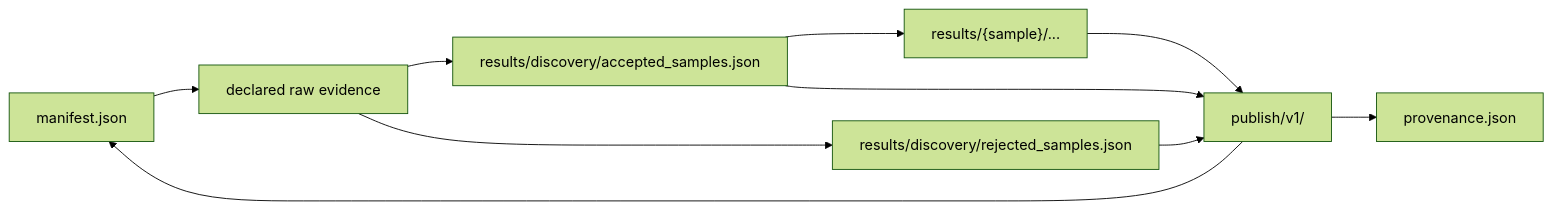
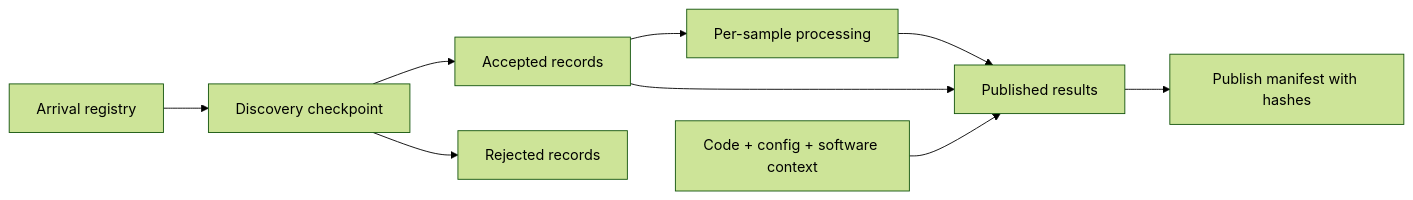
Before and after one commit to bijux/bijux-masterclass: the first of 2 diagrams in programs/reproducible-research/deep-dive-snakemake/course-book/module-02-dynamic-dags-discovery-integrity/provenance-manifests-and-publish-boundaries.md, drawn with Mermaid (forest theme). The commit also changed other lines of this file, not shown here.

Commit message:
docs(snakemake): preserve discovery truth at publication

````diff
--- a/programs/reproducible-research/deep-dive-snakemake/course-book/module-02-dynamic-dags-discovery-integrity/provenance-manifests-and-publish-boundaries.md
+++ b/programs/reproducible-research/deep-dive-snakemake/course-book/module-02-dynamic-dags-discovery-integrity/provenance-manifests-and-publish-boundaries.md
@@ -126,12 +23,11 @@
 ```mermaid
 flowchart LR
-  manifest["config/samples.tsv"] --> raw["declared raw evidence"]
-  raw --> accepted["results/discovery/accepted_samples.json"]
-  raw --> rejected["results/discovery/rejected_samples.json"]
-  accepted --> results["results/{sample}/..."]
-  results --> publish["publish/v1/"]
+  arrivals["Arrival registry"] --> discovery["Discovery checkpoint"]
+  discovery --> accepted["Accepted records"]
+  discovery --> rejected["Rejected records"]
+  accepted --> processing["Per-sample processing"]
+  processing --> publish["Published results"]
   accepted --> publish
-  rejected --> publish
-  publish --> manifest["manifest.json"]
-  publish --> provenance["provenance.json"]
+  provenance["Code + config + software context"] --> publish
+  publish --> inventory["Publish manifest with hashes"]
 ```
````
